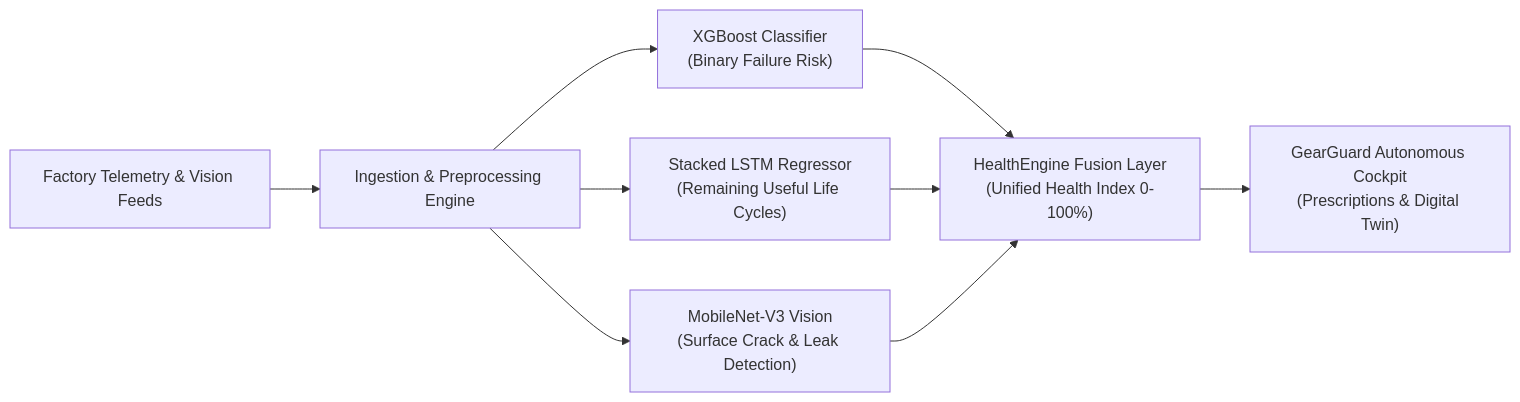
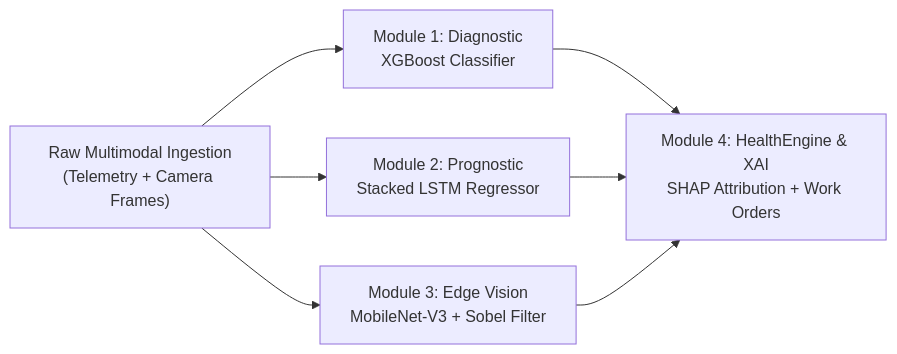
Before and after one commit to PujaRaj356/MOTION-AI-Autonomous-Predictive-Intelligence-Cockpit-: the diagram in PROJECT_REPORT.md, drawn with Mermaid. The commit also changed other lines of this file and 9 other files, not shown here.

````diff
--- a/PROJECT_REPORT.md
+++ b/PROJECT_REPORT.md
@@ -20,9 +52,7 @@
 ```mermaid
 flowchart LR
-    A["Factory Telemetry & Vision Feeds"] --> B["Ingestion & Preprocessing Engine"]
-    B --> C["XGBoost Classifier<br/>(Binary Failure Risk)"]
-    B --> D["Stacked LSTM Regressor<br/>(Remaining Useful Life Cycles)"]
-    B --> E["MobileNet-V3 Vision<br/>(Surface Crack & Leak Detection)"]
-    C & D & E --> F["HealthEngine Fusion Layer<br/>(Unified Health Index 0-100%)"]
-    F --> G["GearGuard Autonomous Cockpit<br/>(Prescriptions & Digital Twin)"]
+    A["Raw Multimodal Ingestion<br/>(Telemetry + Camera Frames)"] --> B["Module 1: Diagnostic<br/>XGBoost Classifier"]
+    A --> C["Module 2: Prognostic<br/>Stacked LSTM Regressor"]
+    A --> D["Module 3: Edge Vision<br/>MobileNet-V3 + Sobel Filter"]
+    B & C & D --> E["Module 4: HealthEngine & XAI<br/>SHAP Attribution + Work Orders"]
 ```
````
